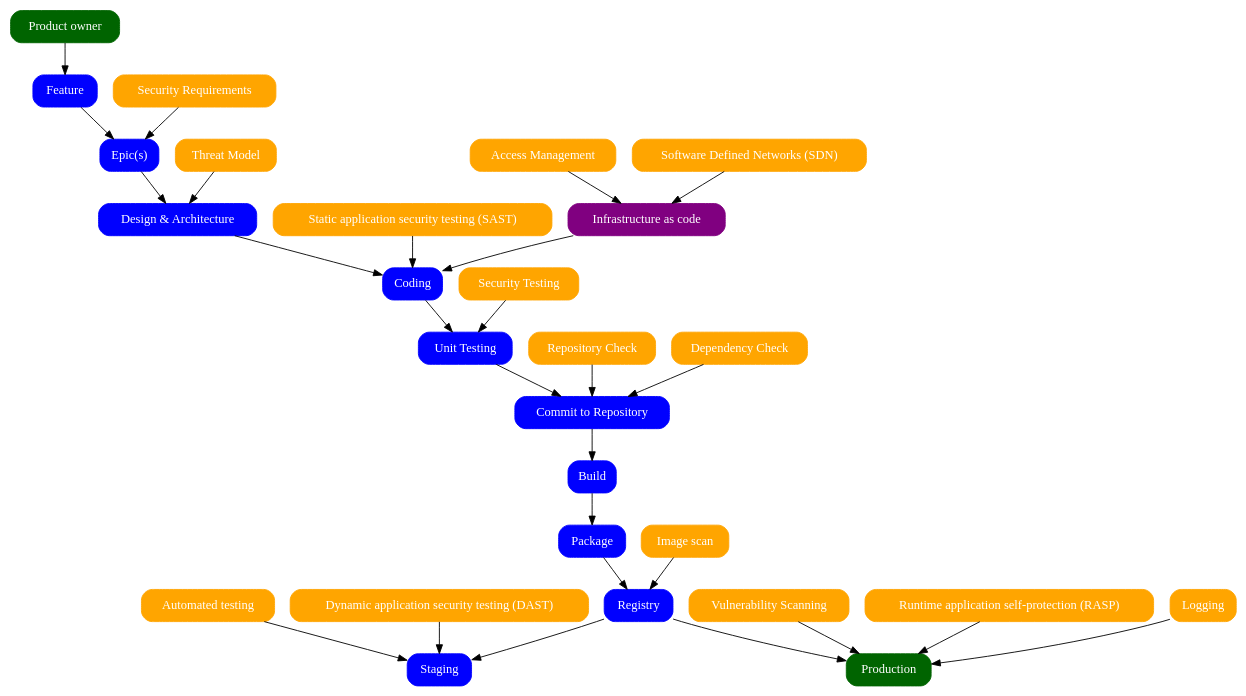
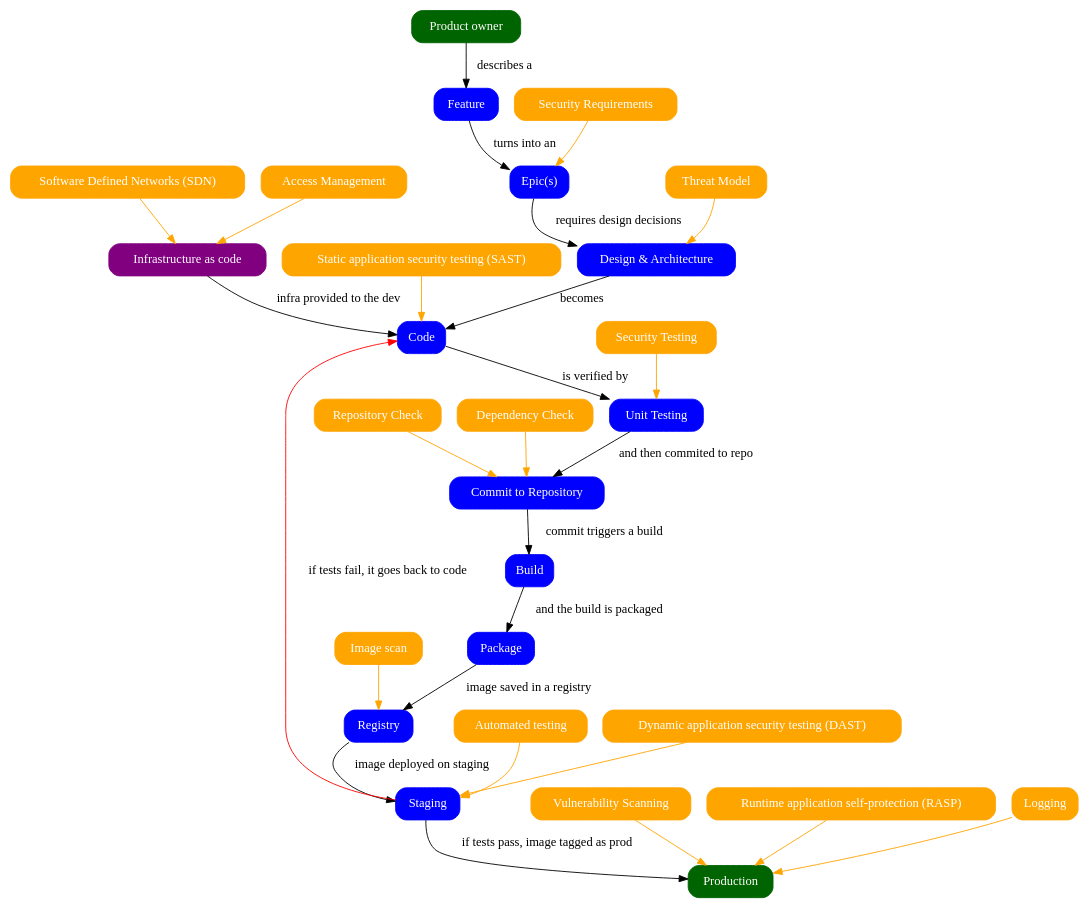
Before and after one commit to dstergiou/workflow: the diagram in AppSec.dot, drawn with Graphviz.

Commit message:
Clarified staging flow and added color for security controls

```diff
--- a/AppSec.dot
+++ b/AppSec.dot
@@ -47,7 +47,7 @@
         style="rounded,filled", 
         color=blue, 
         fontcolor=white,
-        label="Coding";
+        label="Code";
     ]
     sast[
         shape=box, 
@@ -189,30 +189,31 @@
         fontcolor=white,
         label="Logging";
     ]
-    product_owner -> feature
-    feature -> epic
-    security_requirements -> epic
-    epic -> design
-    threat_model -> design
-    design -> code
-    sast -> code
-    infrastructure_as_code -> code
-    access_management -> infrastructure_as_code
-    network_segregation -> infrastructure_as_code
-    code -> unit_testing
-    security_testing -> unit_testing
-    unit_testing -> commit
-    repository_check -> commit
-    commit -> build
-    dependency_check -> commit
-    build -> package
-    package -> registry
-    image_scan -> registry
-    registry -> staging
-    automated_tests -> staging
-    dast -> staging
-    registry -> production
-    vulnerability_scanning -> production
-    rasp -> production
-    logging -> production
+    product_owner -> feature [label = "describes a "]
+    feature -> epic [label = "turns into an"]
+    security_requirements -> epic [color="orange"]
+    epic -> design [label = "requires design decisions"]
+    threat_model -> design [color="orange"]
+    design -> code [ label = "becomes" ]
+    sast -> code [color="orange"]
+    infrastructure_as_code -> code [label = "infra provided to the dev"]
+    access_management -> infrastructure_as_code [color="orange"]
+    network_segregation -> infrastructure_as_code [color="orange"]
+    code -> unit_testing [ label = "is verified by" ]
+    security_testing -> unit_testing [ color="orange"]
+    unit_testing -> commit [ label = "and then commited to repo"]
+    repository_check -> commit [ color="orange"]
+    commit -> build [ label = "commit triggers a build"]
+    dependency_check -> commit [ color="orange"]
+    build -> package [ label = "and the build is packaged" ]
+    package -> registry [ label = "image saved in a registry" ]
+    image_scan -> registry [ color="orange"]
+    registry -> staging [ label = "image deployed on staging"]
+    automated_tests -> staging [ color="orange"]
+    dast -> staging [ color="orange"]
+    staging -> production [label = "if tests pass, image tagged as prod"]
+    staging -> code [label = "if tests fail, it goes back to code", color="red" ]
+    vulnerability_scanning -> production [ color="orange"]
+    rasp -> production [ color="orange"]
+    logging -> production [ color="orange"]
 }
```
